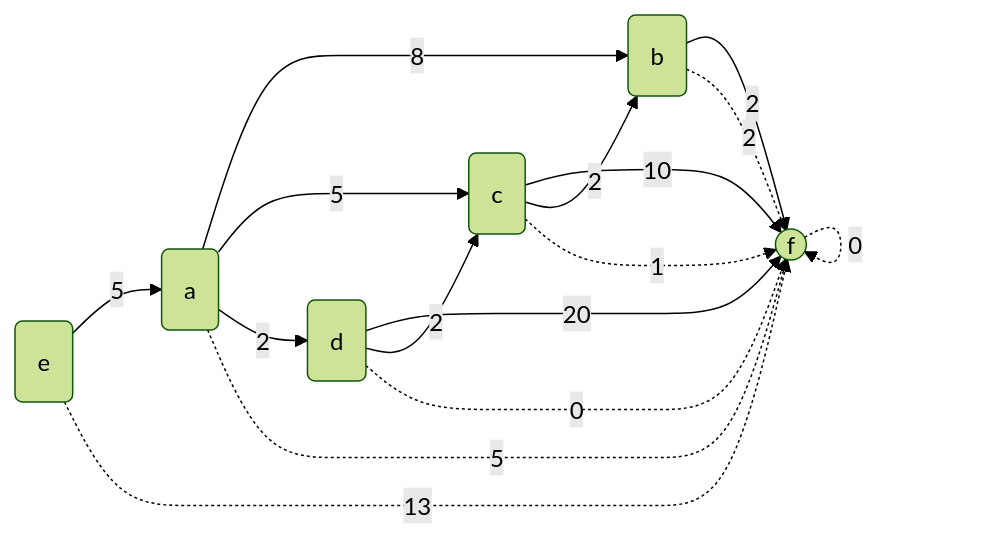
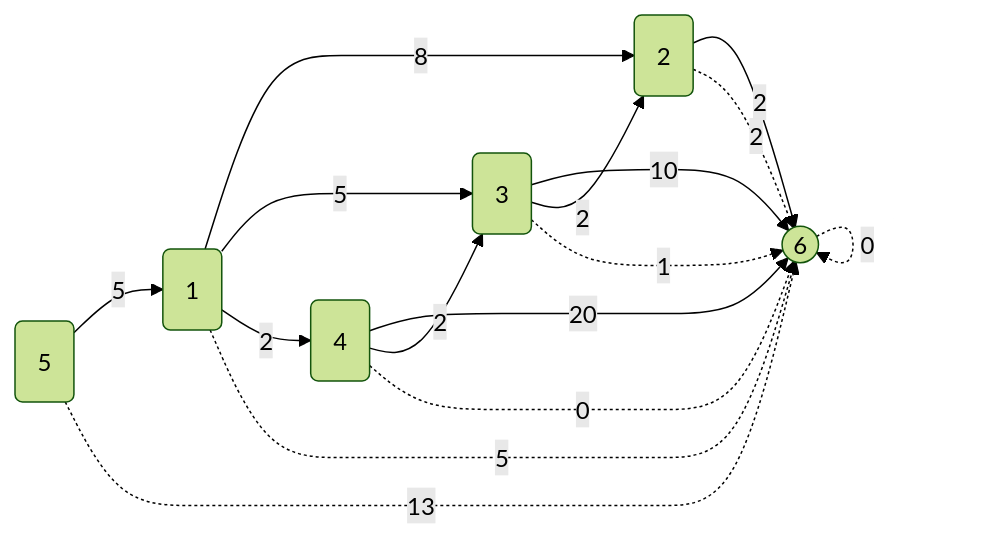
One commit to proftak/modules changed the second of 2 diagrams in 0310/mdModule.md. Above: the diagram before and after it, drawn with Mermaid (forest theme).

````diff
--- a/0310/mdModule.md
+++ b/0310/mdModule.md
@@ -199,24 +199,24 @@
 ```mermaid
 flowchart LR
-a(a)
-b(b)
-c(c)
-d(d)
-e(e)
-f((f))
+a(1)
+b(2)
+c(3)
+d(4)
+e(5)
+f((6))
 e-- 5 -->a
 a-- 8 -->b
 a-- 5 -->c
 a-- 2 -->d
 d-- 20 -->f
 c-- 10 -->f
 b-- 2 -->f
 d-- 2 -->c
 c-- 2 -->b
 e-. 13 .->f
 a-. 5 .-> f
 b-. 2 .-> f
 c-. 1 .-> f
 d-. 0 .-> f
 f-. 0 .-> f
 ```
````
